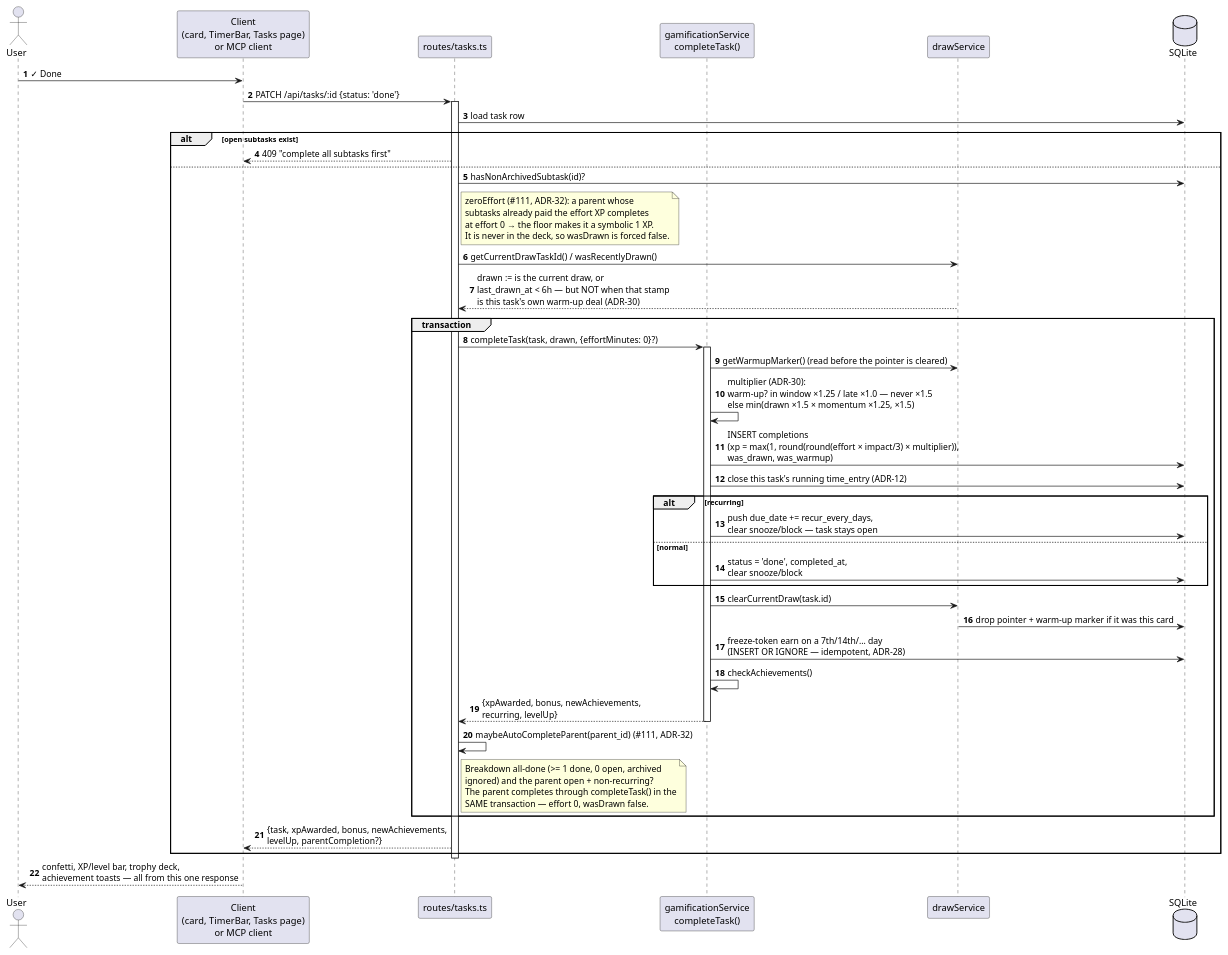
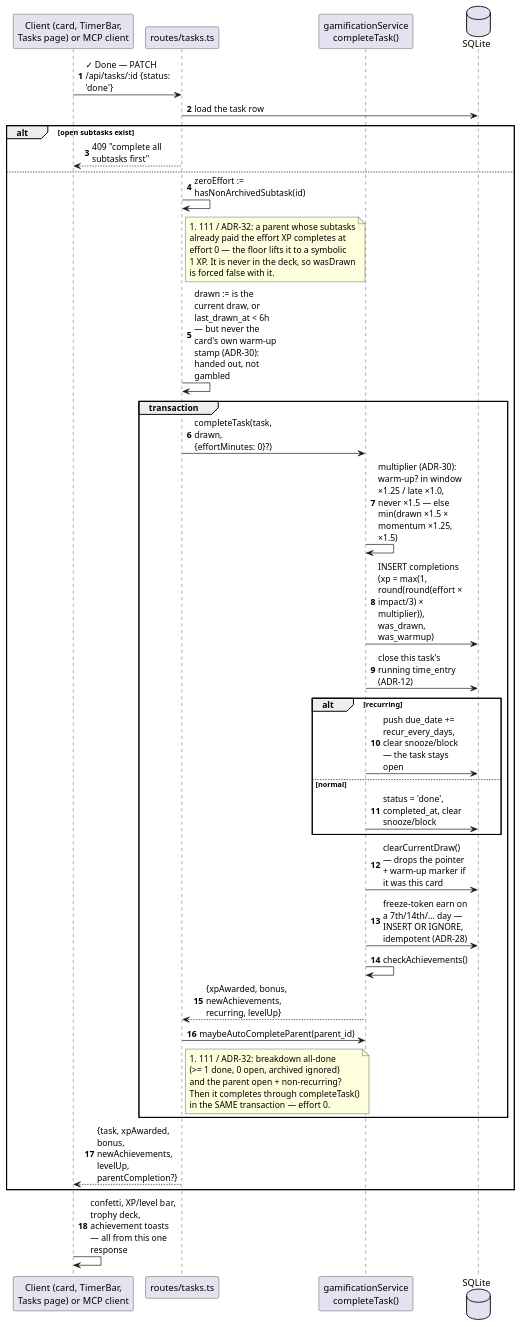
The second of 3 diagrams in docs/modules/ROOT/pages/06_runtime_view.adoc (FelixGeisler/draw), drawn with PlantUML before and after one commit. The commit also changed other lines of this file and 2 other files, not shown here.

Commit message:
#45 Size diagrams for the docs content column (legible at 1:1-ish scale)

```diff
--- a/docs/modules/ROOT/pages/06_runtime_view.adoc
+++ b/docs/modules/ROOT/pages/06_runtime_view.adoc
@@ -105,63 +94,55 @@
 [plantuml,runtime-completion,svg]
 ....
 @startuml
 skinparam shadowing false
+skinparam maxMessageSize 130
 skinparam sequenceMessageAlign left
 autonumber
 
-actor User
-participant "Client\n(card, TimerBar, Tasks page)\nor MCP client" as UI
+participant "Client (card, TimerBar,\nTasks page) or MCP client" as UI
 participant "routes/tasks.ts" as Route
 participant "gamificationService\ncompleteTask()" as Gam
-participant "drawService" as Draw
 database "SQLite" as DB
 
-User -> UI : ✓ Done
-UI -> Route : PATCH /api/tasks/:id {status: 'done'}
-activate Route
-Route -> DB : load task row
+UI -> Route : ✓ Done — PATCH /api/tasks/:id {status: 'done'}
+Route -> DB : load the task row
 alt open subtasks exist
   Route --> UI : 409 "complete all subtasks first"
 else
-  Route -> DB : hasNonArchivedSubtask(id)?
+  Route -> Route : zeroEffort := hasNonArchivedSubtask(id)
   note right of Route
-    zeroEffort (#111, ADR-32): a parent whose
-    subtasks already paid the effort XP completes
-    at effort 0 → the floor makes it a symbolic 1 XP.
-    It is never in the deck, so wasDrawn is forced false.
+    #111 / ADR-32: a parent whose subtasks
+    already paid the effort XP completes at
+    effort 0 — the floor lifts it to a symbolic
+    1 XP. It is never in the deck, so wasDrawn
+    is forced false with it.
   end note
-  Route -> Draw : getCurrentDrawTaskId() / wasRecentlyDrawn()
-  Draw --> Route : drawn := is the current draw, or\nlast_drawn_at < 6h — but NOT when that stamp\nis this task's own warm-up deal (ADR-30)
-
+  Route -> Route : drawn := is the current draw, or last_drawn_at < 6h — but never the card's own warm-up stamp (ADR-30): handed out, not gambled
   group transaction
     Route -> Gam : completeTask(task, drawn, {effortMinutes: 0}?)
-    activate Gam
-    Gam -> Draw : getWarmupMarker() (read before the pointer is cleared)
-    Gam -> Gam : multiplier (ADR-30):\nwarm-up? in window ×1.25 / late ×1.0 — never ×1.5\nelse min(drawn ×1.5 × momentum ×1.25, ×1.5)
-    Gam -> DB : INSERT completions\n(xp = max(1, round(round(effort × impact/3) × multiplier)),\nwas_drawn, was_warmup)
+    Gam -> Gam : multiplier (ADR-30): warm-up? in window ×1.25 / late ×1.0, never ×1.5 — else min(drawn ×1.5 × momentum ×1.25, ×1.5)
+    Gam -> DB : INSERT completions (xp = max(1, round(round(effort × impact/3) × multiplier)), was_drawn, was_warmup)
     Gam -> DB : close this task's running time_entry (ADR-12)
     alt recurring
-      Gam -> DB : push due_date += recur_every_days,\nclear snooze/block — task stays open
+      Gam -> DB : push due_date += recur_every_days, clear snooze/block — the task stays open
     else normal
-      Gam -> DB : status = 'done', completed_at,\nclear snooze/block
+      Gam -> DB : status = 'done', completed_at, clear snooze/block
     end
-    Gam -> Draw : clearCurrentDraw(task.id)
-    Draw -> DB : drop pointer + warm-up marker if it was this card
-    Gam -> DB : freeze-token earn on a 7th/14th/… day\n(INSERT OR IGNORE — idempotent, ADR-28)
+    Gam -> DB : clearCurrentDraw() — drops the pointer + warm-up marker if it was this card
+    Gam -> DB : freeze-token earn on a 7th/14th/… day — INSERT OR IGNORE, idempotent (ADR-28)
     Gam -> Gam : checkAchievements()
-    Gam --> Route : {xpAwarded, bonus, newAchievements,\nrecurring, levelUp}
-    deactivate Gam
-    Route -> Route : maybeAutoCompleteParent(parent_id) (#111, ADR-32)
+    Gam --> Route : {xpAwarded, bonus, newAchievements, recurring, levelUp}
+    Route -> Gam : maybeAutoCompleteParent(parent_id)
     note right of Route
-      Breakdown all-done (>= 1 done, 0 open, archived
-      ignored) and the parent open + non-recurring?
-      The parent completes through completeTask() in the
-      SAME transaction — effort 0, wasDrawn false.
+      #111 / ADR-32: breakdown all-done
+      (>= 1 done, 0 open, archived ignored)
+      and the parent open + non-recurring?
+      Then it completes through completeTask()
+      in the SAME transaction — effort 0.
     end note
   end
-  Route --> UI : {task, xpAwarded, bonus, newAchievements,\nlevelUp, parentCompletion?}
+  Route --> UI : {task, xpAwarded, bonus, newAchievements, levelUp, parentCompletion?}
 end
-deactivate Route
-UI --> User : confetti, XP/level bar, trophy deck,\nachievement toasts — all from this one response
+UI -> UI : confetti, XP/level bar, trophy deck, achievement toasts — all from this one response
 @enduml
 ....
```
